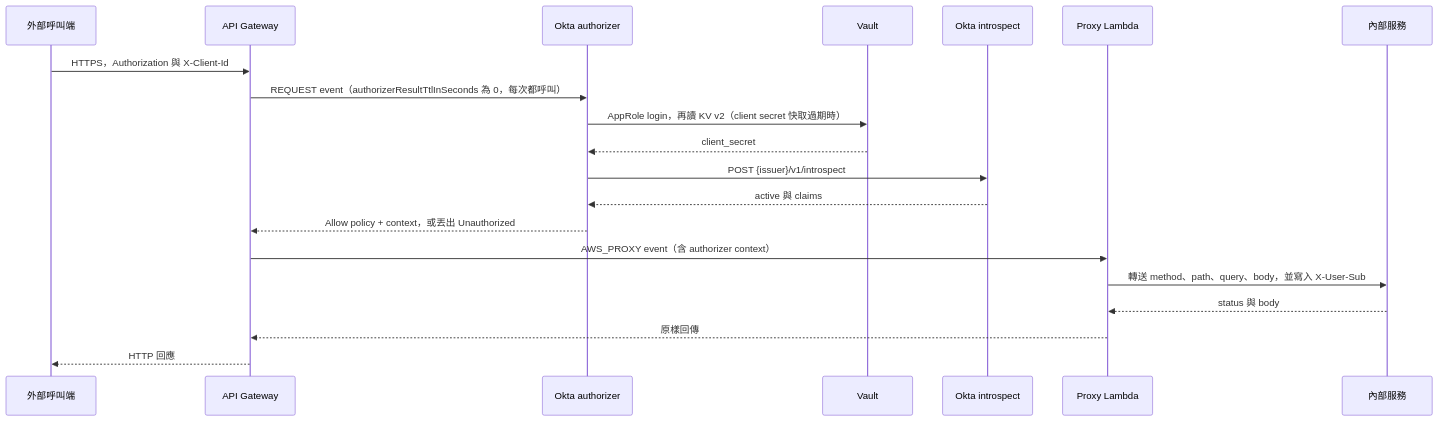
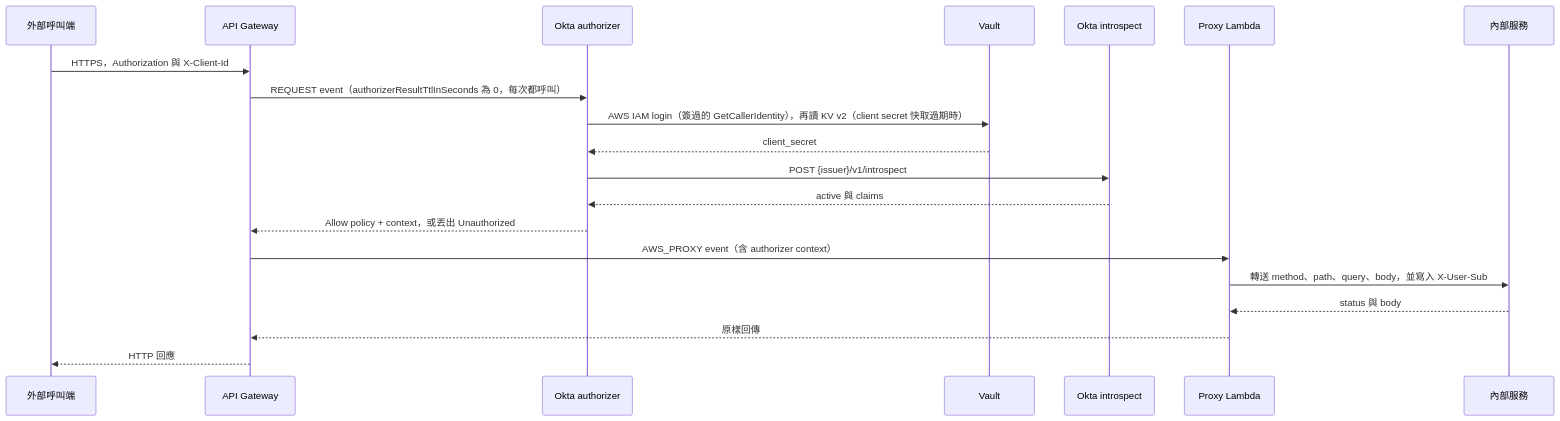
The diagram in aws-external-api/README.md (jckh1234/sample), drawn with Mermaid before and after one commit. The commit also changed other lines of this file and 13 other files, not shown here.

First line of the commit message:
Use Vault AWS IAM auth for the Okta client secret (#5)

````diff
--- a/aws-external-api/README.md
+++ b/aws-external-api/README.md
@@ -17,23 +17,23 @@
 ```mermaid
 sequenceDiagram
   participant Client as 外部呼叫端
   participant APIGW as API Gateway
   participant Auth as Okta authorizer
   participant Vault as Vault
   participant Okta as Okta introspect
   participant Proxy as Proxy Lambda
   participant Internal as 內部服務
 
   Client->>APIGW: HTTPS，Authorization 與 X-Client-Id
   APIGW->>Auth: REQUEST event（authorizerResultTtlInSeconds 為 0，每次都呼叫）
-  Auth->>Vault: AppRole login，再讀 KV v2（client secret 快取過期時）
+  Auth->>Vault: AWS IAM login（簽過的 GetCallerIdentity），再讀 KV v2（client secret 快取過期時）
   Vault-->>Auth: client_secret
   Auth->>Okta: POST {issuer}/v1/introspect
   Okta-->>Auth: active 與 claims
   Auth-->>APIGW: Allow policy + context，或丟出 Unauthorized
   APIGW->>Proxy: AWS_PROXY event（含 authorizer context）
   Proxy->>Internal: 轉送 method、path、query、body，並寫入 X-User-Sub
   Internal-->>Proxy: status 與 body
   Proxy-->>APIGW: 原樣回傳
   APIGW-->>Client: HTTP 回應
 ```
````
